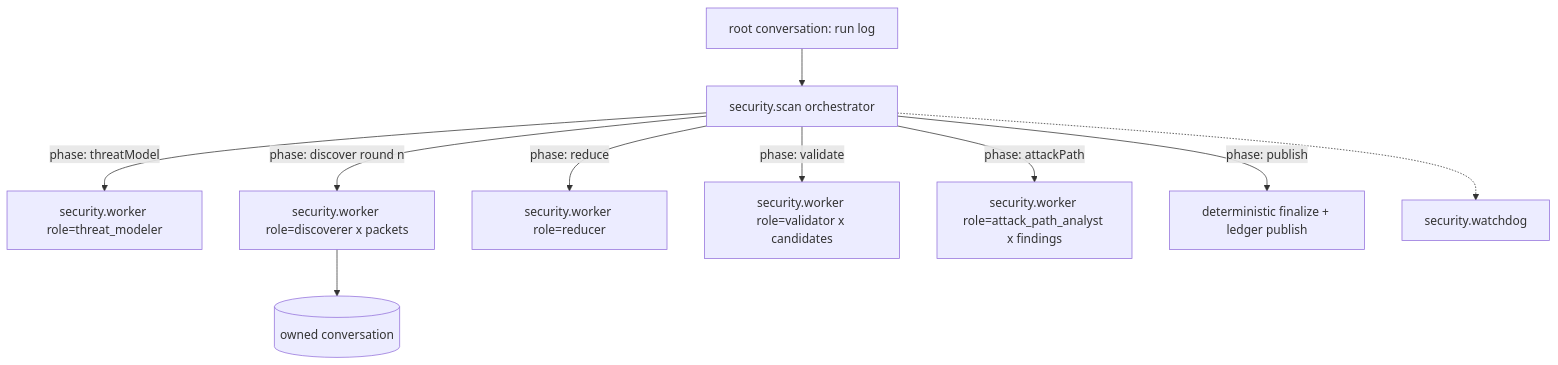
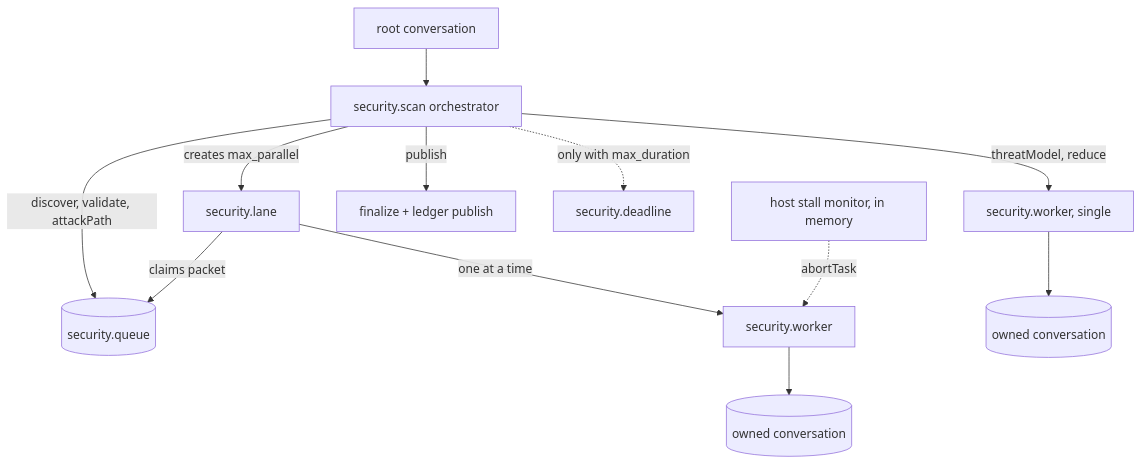
The diagram in openspec/changes/durable-runtime/design.md (citizen-123/pi-security), drawn with Mermaid before and after one commit. The commit also changed other lines of this file and 14 other files, not shown here.

````diff
--- a/openspec/changes/durable-runtime/design.md
+++ b/openspec/changes/durable-runtime/design.md
@@ -70,12 +70,14 @@
 ```mermaid
 flowchart TD
-  R[root conversation: run log] --> S[security.scan orchestrator]
-  S -->|phase: threatModel| W0[security.worker role=threat_modeler]
-  S -->|phase: discover round n| W1[security.worker role=discoverer x packets]
-  S -->|phase: reduce| W2[security.worker role=reducer]
-  S -->|phase: validate| W3[security.worker role=validator x candidates]
-  S -->|phase: attackPath| W4[security.worker role=attack_path_analyst x findings]
-  S -->|phase: publish| P[deterministic finalize + ledger publish]
-  S -.-> D[security.watchdog]
+  R[root conversation] --> S[security.scan orchestrator]
+  S -->|threatModel, reduce| W0[security.worker, single]
+  S -->|discover, validate, attackPath| Q[(security.queue)]
+  S -->|creates max_parallel| L[security.lane]
+  L -->|claims packet| Q
+  L -->|one at a time| W1[security.worker]
+  W0 --> C0[(owned conversation)]
   W1 --> C1[(owned conversation)]
+  S -->|publish| P[finalize + ledger publish]
+  S -.->|only with max_duration| D[security.deadline]
+  M[host stall monitor, in memory] -.->|abortTask| W1
 ```
````
